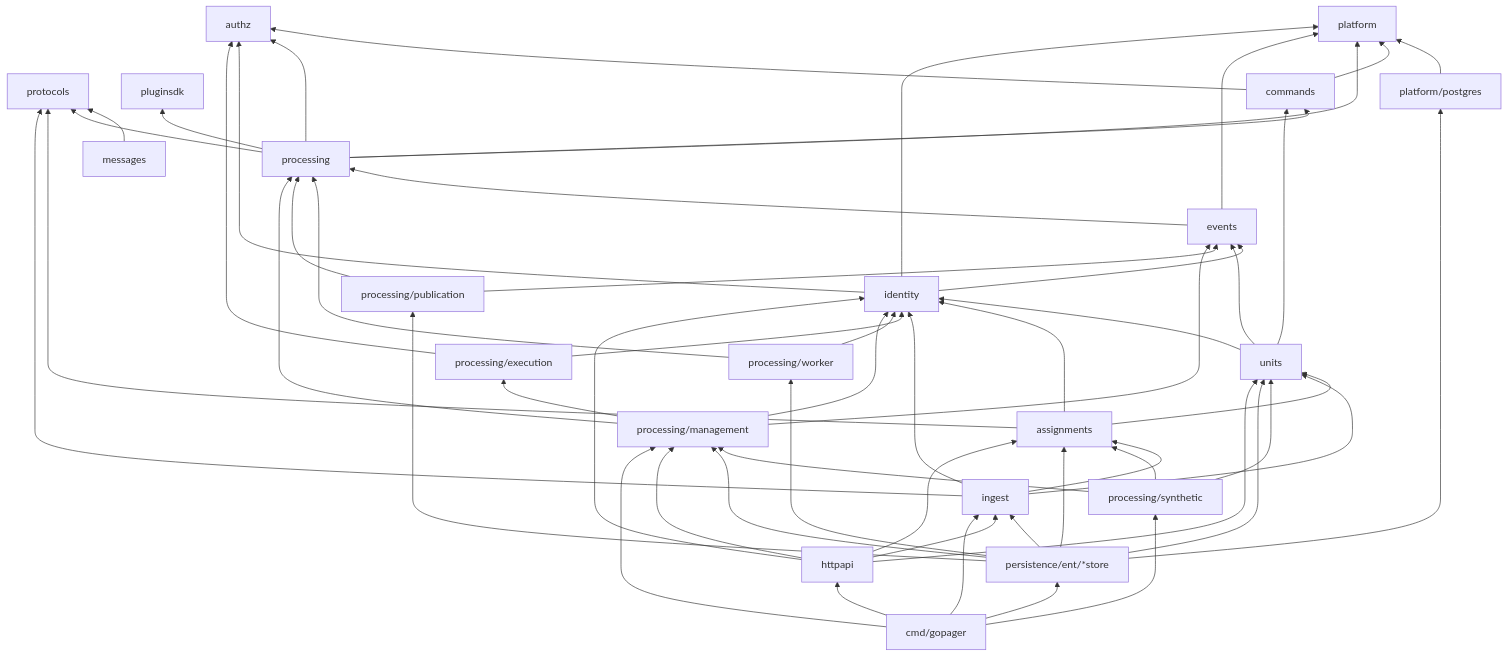
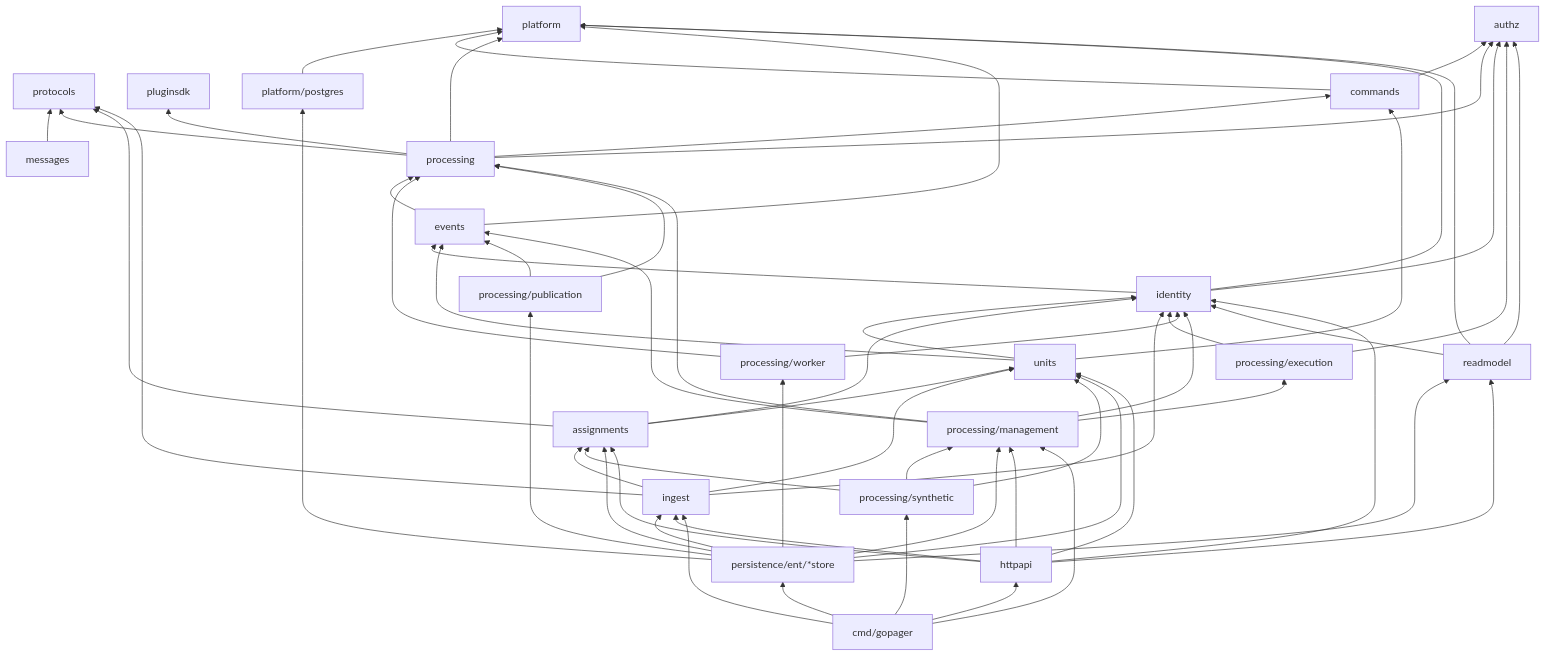
Before and after one commit to gopager/gopager: the third of 6 diagrams in docs/architecture.md, drawn with Mermaid. The commit also changed other lines of this file and 158 other files, not shown here.

````diff
--- a/docs/architecture.md
+++ b/docs/architecture.md
@@ -149,24 +155,25 @@
 ```mermaid
 flowchart BT
     platform
     authz
     protocols
     pluginsdk
     postgres[platform/postgres] --> platform
     commands --> authz & platform
     messages --> protocols
     processing --> authz & commands & platform & protocols & pluginsdk
     events --> platform & processing
     identity --> authz & events & platform
     units --> identity & commands & events
     assignments --> units & identity & protocols
     ingest --> assignments & identity & protocols & units
     pexec[processing/execution] --> identity & authz
     pworker[processing/worker] --> processing & identity
     ppub[processing/publication] --> processing & events
     pmgmt[processing/management] --> processing & pexec & identity & events
     psyn[processing/synthetic] --> pmgmt & assignments & units
-    stores[persistence/ent/*store] --> postgres & ingest & assignments & units & pworker & ppub & pmgmt
-    httpapi --> identity & units & assignments & ingest & pmgmt
+    stores[persistence/ent/*store] --> postgres & ingest & assignments & units & pworker & ppub & pmgmt & readmodel
+    readmodel --> authz & identity & platform
+    httpapi --> identity & units & assignments & ingest & pmgmt & readmodel
     cmd[cmd/gopager] --> stores & httpapi & ingest & pmgmt & psyn
 ```
````
